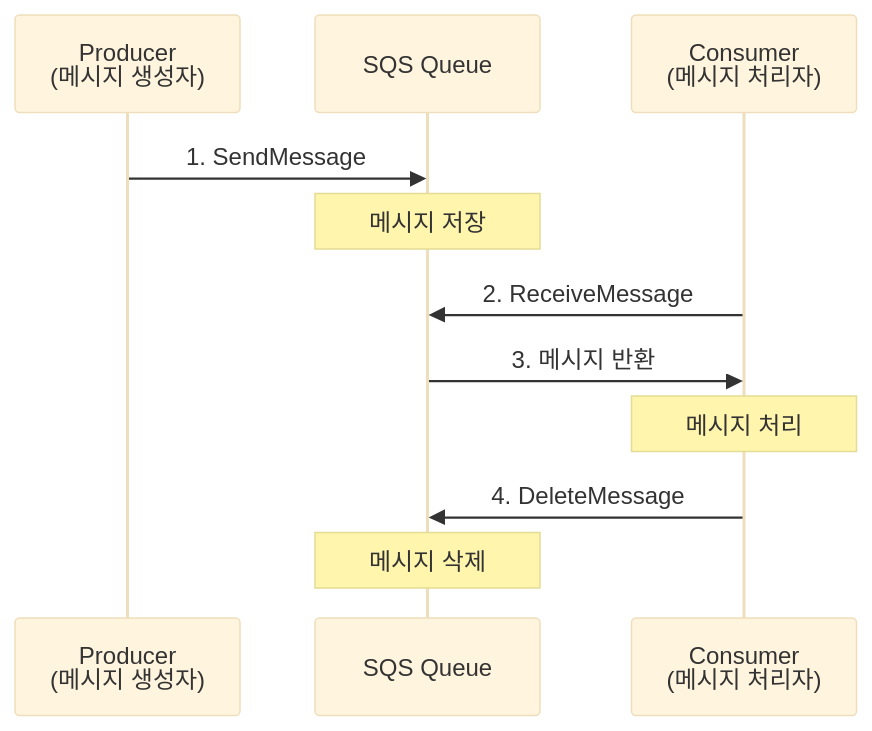
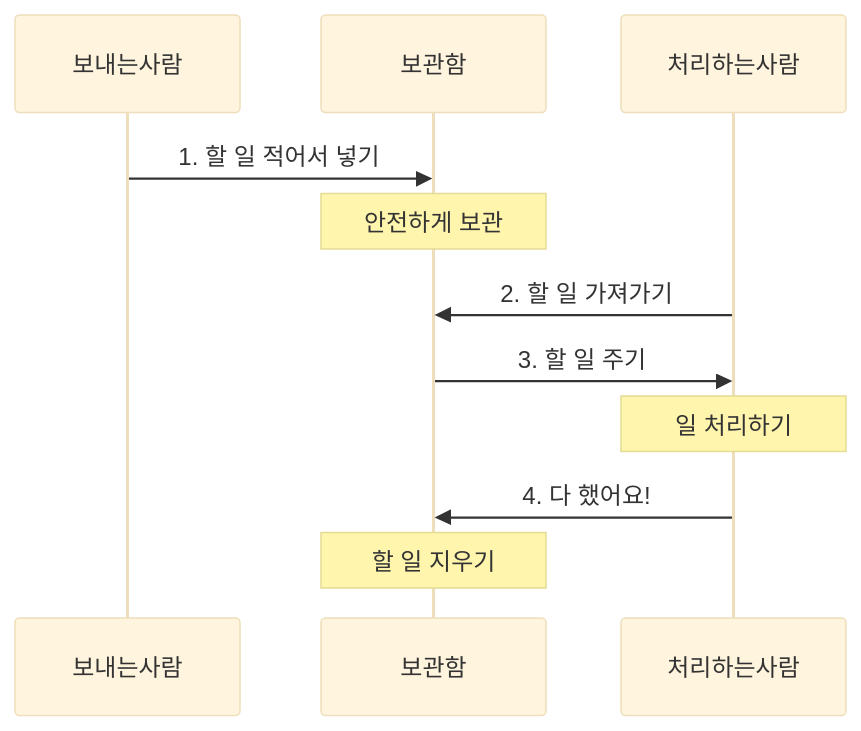
One commit to niceguy61/kdt_devops_lecture_2025 changed the second of 6 diagrams in theory/november/week_02/day1/session_1.md. Above: the diagram before and after it, drawn with Mermaid (base theme). The commit also changed other lines of this file and 1 other file, not shown here.

````diff
--- a/theory/november/week_02/day1/session_1.md
+++ b/theory/november/week_02/day1/session_1.md
@@ -120,14 +121,14 @@
 ```mermaid
 sequenceDiagram
-    participant P as Producer<br/>(메시지 생성자)
-    participant Q as SQS Queue
-    participant C as Consumer<br/>(메시지 처리자)
+    participant 보내는사람
+    participant 보관함
+    participant 처리하는사람
     
-    P->>Q: 1. SendMessage
-    Note over Q: 메시지 저장
-    C->>Q: 2. ReceiveMessage
-    Q->>C: 3. 메시지 반환
-    Note over C: 메시지 처리
-    C->>Q: 4. DeleteMessage
-    Note over Q: 메시지 삭제
+    보내는사람->>보관함: 1. 할 일 적어서 넣기
+    Note over 보관함: 안전하게 보관
+    처리하는사람->>보관함: 2. 할 일 가져가기
+    보관함->>처리하는사람: 3. 할 일 주기
+    Note over 처리하는사람: 일 처리하기
+    처리하는사람->>보관함: 4. 다 했어요!
+    Note over 보관함: 할 일 지우기
 ```
````
